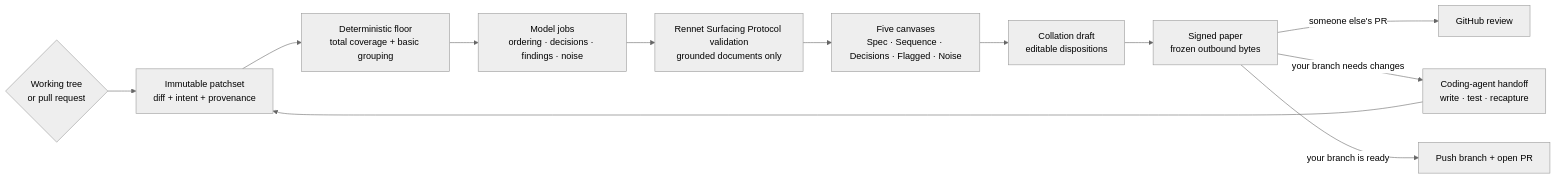
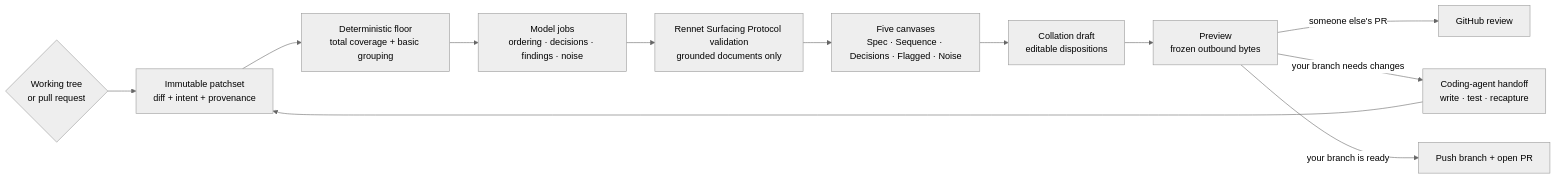
Before and after one commit to rbutera/Rennet: the fourth of 7 diagrams in docs/src/content/docs/developing/concepts/architecture-overview.md, drawn with Mermaid (neutral theme). The commit also changed other lines of this file and 53 other files, not shown here.

First line of the commit message:
refactor(language): drop the paper/signing metaphor entirely — preview → post (Rai, 2026-08-18)

````diff
--- a/docs/src/content/docs/developing/concepts/architecture-overview.md
+++ b/docs/src/content/docs/developing/concepts/architecture-overview.md
@@ -151,19 +151,19 @@
 ```mermaid
 flowchart LR
   source{"Working tree<br/>or pull request"}
   capture["Immutable patchset<br/>diff + intent + provenance"]
   floor["Deterministic floor<br/>total coverage + basic grouping"]
   models["Model jobs<br/>ordering · decisions · findings · noise"]
   validate["Rennet Surfacing Protocol validation<br/>grounded documents only"]
   canvases["Five canvases<br/>Spec · Sequence · Decisions · Flagged · Noise"]
   draft["Collation draft<br/>editable dispositions"]
-  paper["Signed paper<br/>frozen outbound bytes"]
+  preview["Preview<br/>frozen outbound bytes"]
   review["GitHub review"]
   handoff["Coding-agent handoff<br/>write · test · recapture"]
   pr["Push branch + open PR"]
 
-  source --> capture --> floor --> models --> validate --> canvases --> draft --> paper
-  paper -->|someone else's PR| review
-  paper -->|your branch needs changes| handoff --> capture
-  paper -->|your branch is ready| pr
+  source --> capture --> floor --> models --> validate --> canvases --> draft --> preview
+  preview -->|someone else's PR| review
+  preview -->|your branch needs changes| handoff --> capture
+  preview -->|your branch is ready| pr
 ```
````
